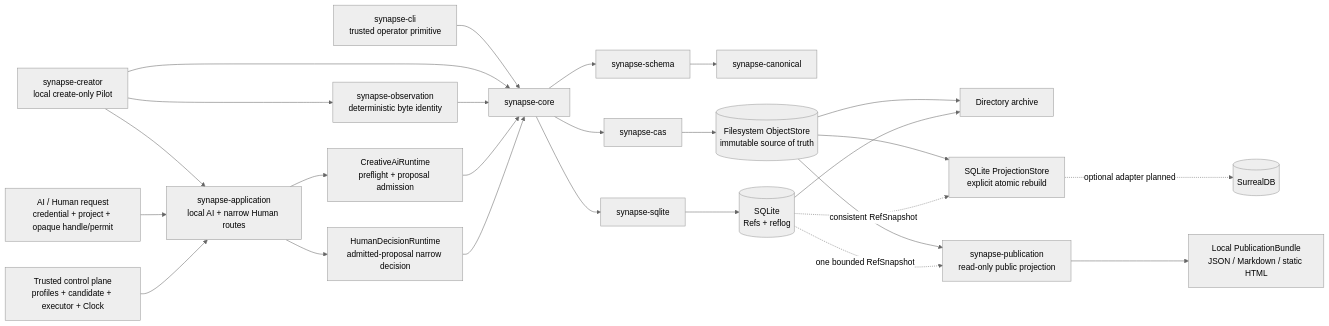
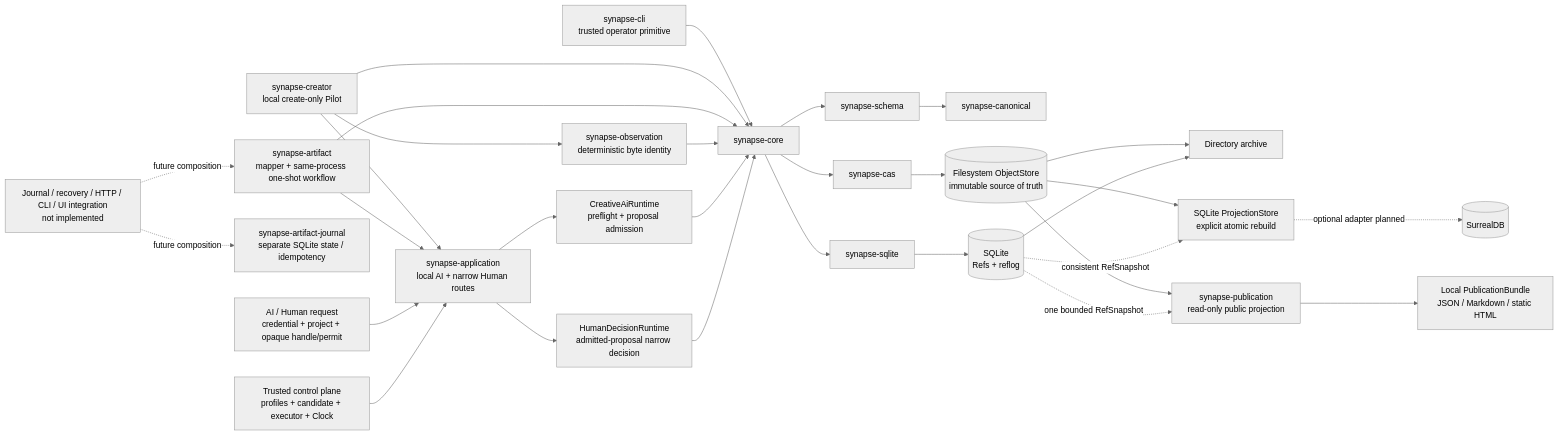
One commit to howlrs/synapsegit changed the diagram in docs/runtime_architecture.md. Above: the diagram before and after it, drawn with Mermaid (neutral theme). The commit also changed other lines of this file and 35 other files, not shown here.

````diff
--- a/docs/runtime_architecture.md
+++ b/docs/runtime_architecture.md
@@ -11,28 +11,33 @@
 ```mermaid
 flowchart LR
     CLI["synapse-cli<br/>trusted operator primitive"] --> CORE[synapse-core]
     CREATOR["synapse-creator<br/>local create-only Pilot"] --> OBS["synapse-observation<br/>deterministic byte identity"]
     CREATOR --> APP
     CREATOR --> CORE
+    ARTIFACT["synapse-artifact<br/>mapper + same-process one-shot workflow"] --> CORE
+    ARTIFACT --> APP
+    JOURNAL["synapse-artifact-journal<br/>separate SQLite state / idempotency"]
+    TRANSPORT["Journal / recovery / HTTP / CLI / UI integration<br/>not implemented"] -. future composition .-> ARTIFACT
+    TRANSPORT -. future composition .-> JOURNAL
     OBS --> CORE
     REQUEST["AI / Human request<br/>credential + project + opaque handle/permit"] --> APP["synapse-application<br/>local AI + narrow Human routes"]
     CONTROL["Trusted control plane<br/>profiles + candidate + executor + Clock"] --> APP
     APP --> AIR["CreativeAiRuntime<br/>preflight + proposal admission"]
     APP --> HUMAN["HumanDecisionRuntime<br/>admitted-proposal narrow decision"]
     AIR --> CORE
     HUMAN --> CORE
     CORE --> SCHEMA[synapse-schema]
     SCHEMA --> CANON[synapse-canonical]
     CORE --> CAS[synapse-cas]
     CORE --> REF[synapse-sqlite]
     CAS --> STORE[(Filesystem ObjectStore<br/>immutable source of truth)]
     REF --> DB[(SQLite<br/>Refs + reflog)]
     STORE --> ARCHIVE[Directory archive]
     DB --> ARCHIVE
     STORE --> PROJ["SQLite ProjectionStore<br/>explicit atomic rebuild"]
     DB -. consistent RefSnapshot .-> PROJ
     STORE --> PRESENT["synapse-publication<br/>read-only public projection"]
     DB -. one bounded RefSnapshot .-> PRESENT
     PRESENT --> BUNDLE["Local PublicationBundle<br/>JSON / Markdown / static HTML"]
     PROJ -. optional adapter planned .-> SURREAL[(SurrealDB)]
 ```
````
